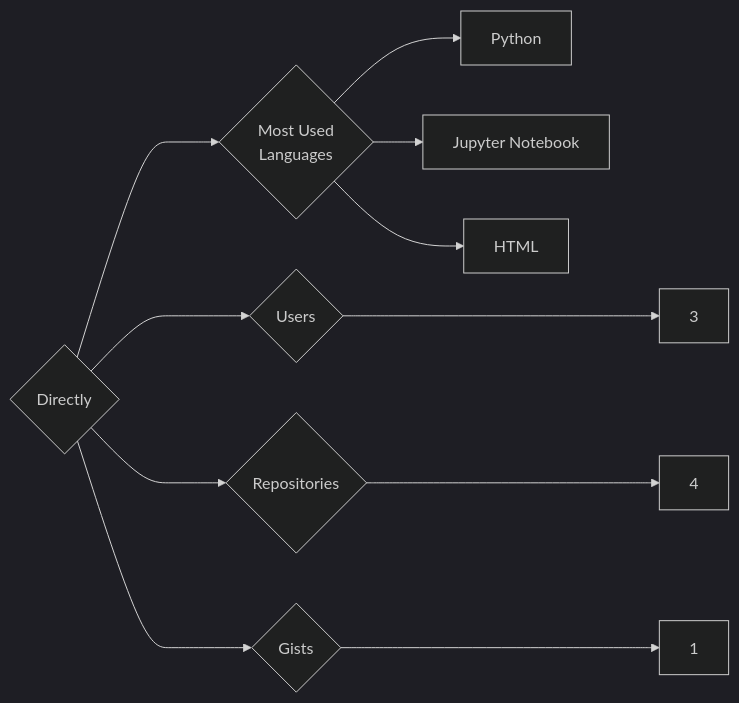
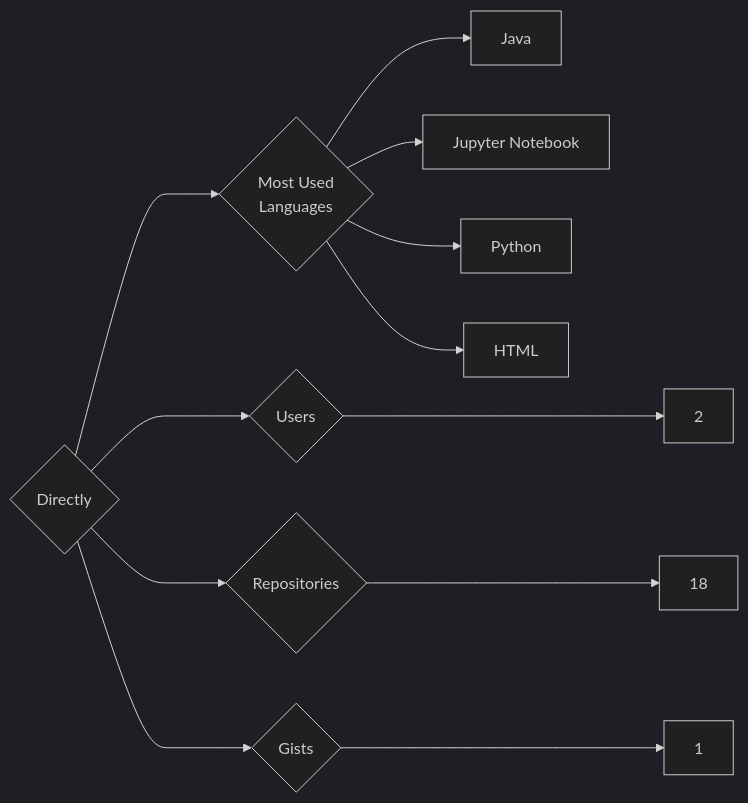
One commit to trickest/insiders changed the diagram in targets/Directly/README.md. Above: the diagram before and after it, drawn with Mermaid (dark theme). The commit also changed 933 other files, not shown here.

````diff
--- a/targets/Directly/README.md
+++ b/targets/Directly/README.md
@@ -3,11 +3,12 @@
 ```mermaid
 graph LR
 COMPANY_NAME{Directly}
-COMPANY_NAME ---> U{Users} ---> UN[3]
-COMPANY_NAME ---> R{Repositories} ---> RN[4]
+COMPANY_NAME ---> U{Users} ---> UN[2]
+COMPANY_NAME ---> R{Repositories} ---> RN[18]
 COMPANY_NAME ---> G{Gists} ---> GN[1]
 COMPANY_NAME ---> ML{Most Used<br>Languages}
+ML --> Java[Java]
+ML --> Jupyter_Notebook[Jupyter Notebook]
 ML --> Python[Python]
-ML --> Jupyter_Notebook[Jupyter Notebook]
 ML --> HTML[HTML]
 ```
````
